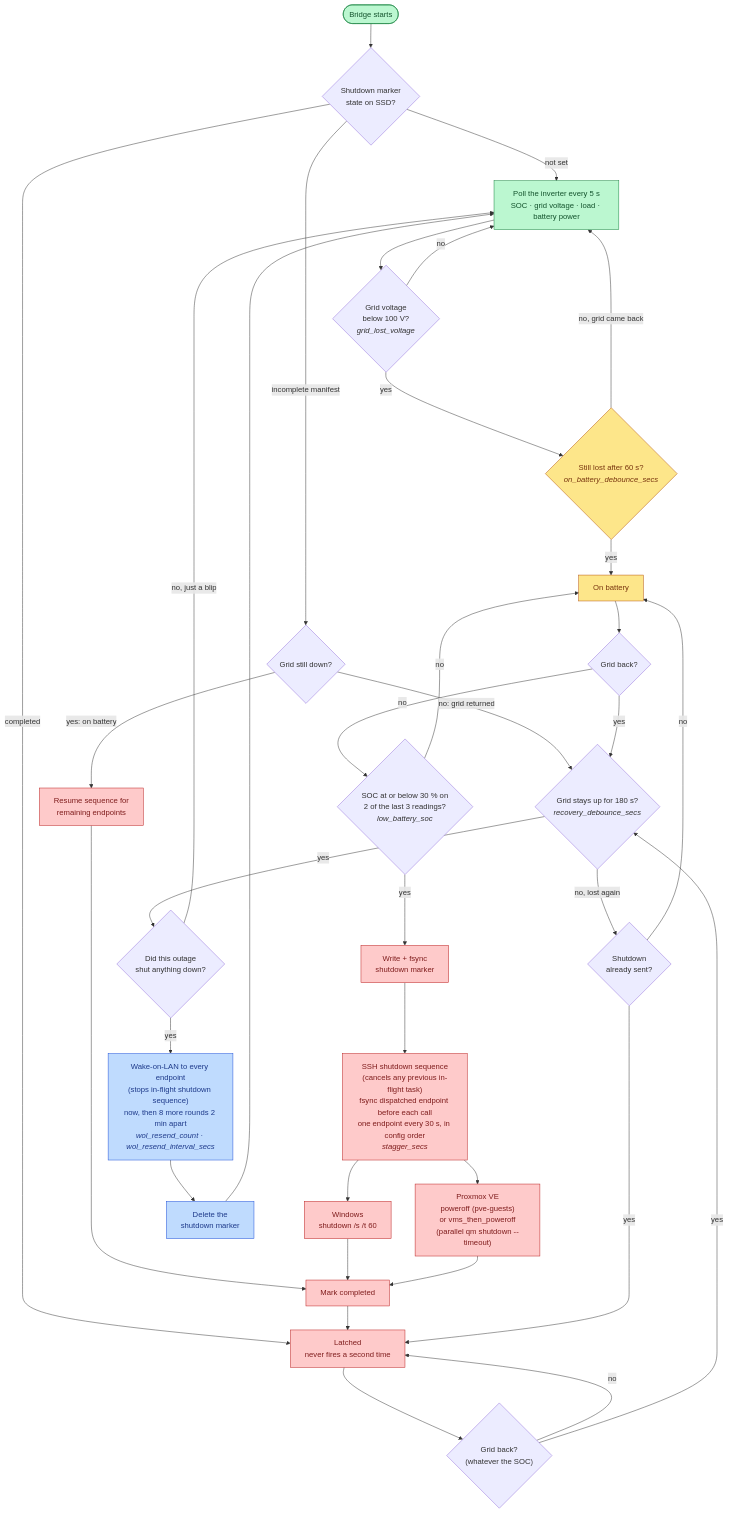
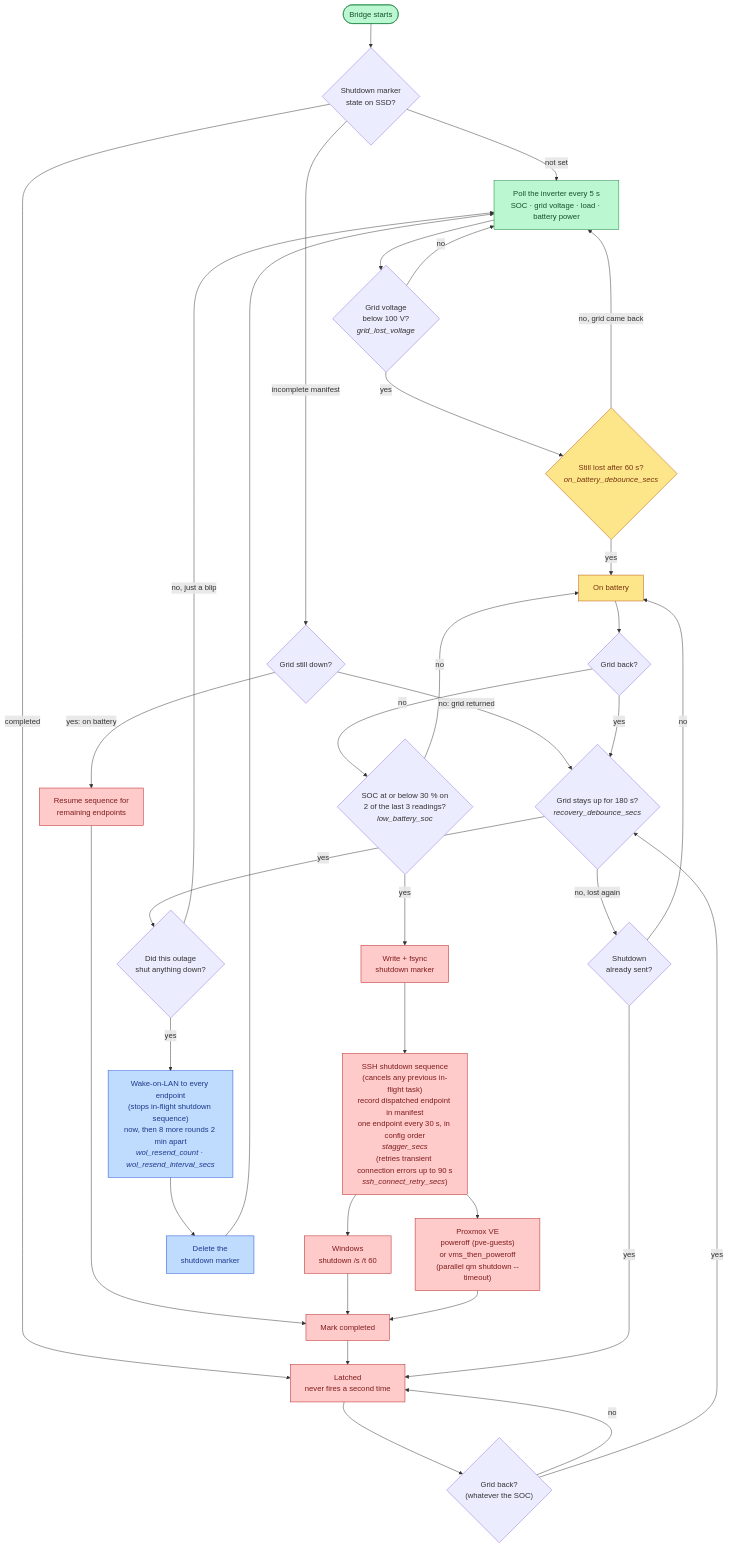
The second of 3 diagrams in README.md (dimon757/modbus-ups-nut), drawn with Mermaid before and after one commit. The commit also changed other lines of this file and 11 other files, not shown here.

First line of the commit message:
Add retry for transient SSH connection errors on booting hosts

````diff
--- a/README.md
+++ b/README.md
@@ -43,50 +43,50 @@
 ```mermaid
 flowchart TD
     start(["Bridge starts"]) --> marker{"Shutdown marker<br/>state on SSD?"}
     marker -- "not set" --> poll
     marker -- "completed" --> latched
     marker -- "incomplete manifest" --> m_grid{"Grid still down?"}
     m_grid -- "yes: on battery" --> resume["Resume sequence for<br/>remaining endpoints"] --> done_seq["Mark completed"] --> latched
     m_grid -- "no: grid returned" --> recover
 
     poll["Poll the inverter every 5 s<br/>SOC · grid voltage · load · battery power"] --> lost{"Grid voltage<br/>below 100 V?<br/><i>grid_lost_voltage</i>"}
     lost -- "no" --> poll
     lost -- "yes" --> deb{"Still lost after 60 s?<br/><i>on_battery_debounce_secs</i>"}
     deb -- "no, grid came back" --> poll
     deb -- "yes" --> onbatt["On battery"]
 
     onbatt --> back1{"Grid back?"}
     back1 -- "yes" --> recover
     back1 -- "no" --> low{"SOC at or below 30 % on<br/>2 of the last 3 readings?<br/><i>low_battery_soc</i>"}
     low -- "no" --> onbatt
     low -- "yes" --> write["Write + fsync<br/>shutdown marker"]
 
-    write --> seq["SSH shutdown sequence<br/>(cancels any previous in-flight task)<br/>fsync dispatched endpoint before each call<br/>one endpoint every 30 s, in config order<br/><i>stagger_secs</i>"]
+    write --> seq["SSH shutdown sequence<br/>(cancels any previous in-flight task)<br/>record dispatched endpoint in manifest<br/>one endpoint every 30 s, in config order<br/><i>stagger_secs</i><br/>(retries transient connection errors up to 90 s<br/><i>ssh_connect_retry_secs</i>)"]
     seq --> win["Windows<br/>shutdown /s /t 60"]
     seq --> pve["Proxmox VE<br/>poweroff (pve-guests)<br/>or vms_then_poweroff<br/>(parallel qm shutdown --timeout)"]
     win --> done_seq
     pve --> done_seq
 
     latched["Latched<br/>never fires a second time"] --> healthy{"Grid back?<br/>(whatever the SOC)"}
     healthy -- "no" --> latched
     healthy -- "yes" --> recover
 
     recover{"Grid stays up for 180 s?<br/><i>recovery_debounce_secs</i>"}
     recover -- "no, lost again" --> sent{"Shutdown<br/>already sent?"}
     sent -- "yes" --> latched
     sent -- "no" --> onbatt
     recover -- "yes" --> fired{"Did this outage<br/>shut anything down?"}
     fired -- "no, just a blip" --> poll
     fired -- "yes" --> wol["Wake-on-LAN to every endpoint<br/>(stops in-flight shutdown sequence)<br/>now, then 8 more rounds 2 min apart<br/><i>wol_resend_count · wol_resend_interval_secs</i>"]
     wol --> clear["Delete the<br/>shutdown marker"]
     clear --> poll
 
     classDef ok fill:#bbf7d0,stroke:#15803d,color:#14532d
     classDef warn fill:#fde68a,stroke:#b45309,color:#78350f
     classDef bad fill:#fecaca,stroke:#b91c1c,color:#7f1d1d
     classDef wake fill:#bfdbfe,stroke:#1d4ed8,color:#1e3a8a
     class poll,start ok
     class onbatt,deb warn
     class write,seq,win,pve,resume,done_seq,latched bad
     class wol,clear wake
 ```
````
